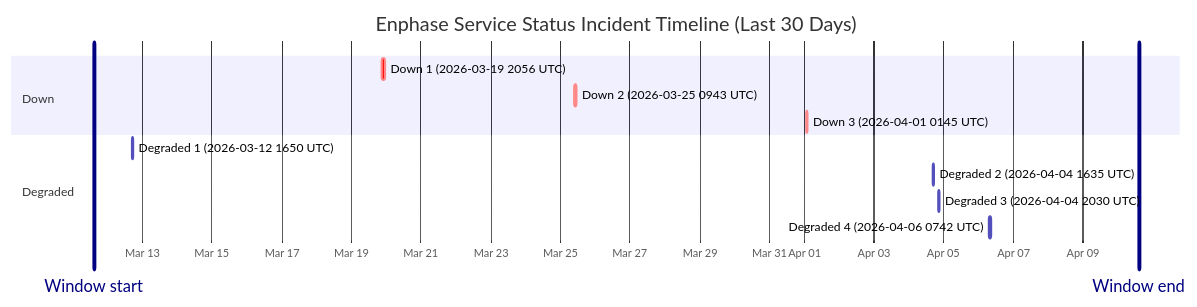
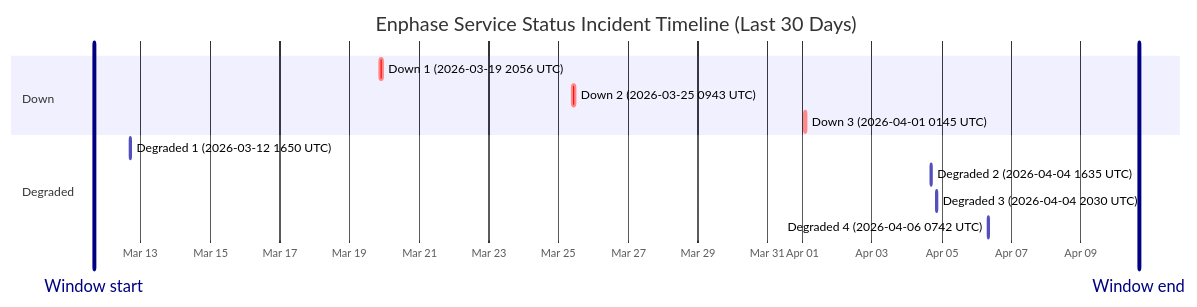
Before and after one commit to barneyonline/ha-enphase-ev-charger: the diagram in wiki/Service-Status-History.md, drawn with Mermaid. The commit also changed other lines of this file and 3 other files, not shown here.

````diff
--- a/wiki/Service-Status-History.md
+++ b/wiki/Service-Status-History.md
@@ -14,17 +14,17 @@
 ```mermaid
 gantt
     title Enphase Service Status Incident Timeline (Last 30 Days)
     dateFormat  YYYY-MM-DDTHH:mm:ss
     axisFormat  %b %d
-    Window start :vert, window-start, 2026-03-11T14:34:07, 0ms
-    Window end :vert, window-end, 2026-04-10T14:34:07, 0ms
+    Window start :vert, window-start, 2026-03-11T15:52:40, 0ms
+    Window end :vert, window-end, 2026-04-10T15:52:40, 0ms
     section Down
     Down 1 (2026-03-19 2056 UTC) :crit, down-1, 2026-03-19T20:56:20, 145m
     Down 2 (2026-03-25 0943 UTC) :crit, down-2, 2026-03-25T09:43:28, 111m
     Down 3 (2026-04-01 0145 UTC) :crit, down-3, 2026-04-01T01:45:09, 60m
     section Degraded
     Degraded 1 (2026-03-12 1650 UTC) :active, degraded-1, 2026-03-12T16:50:43, 60m
     Degraded 2 (2026-04-04 1635 UTC) :active, degraded-2, 2026-04-04T16:35:17, 60m
     Degraded 3 (2026-04-04 2030 UTC) :active, degraded-3, 2026-04-04T20:30:40, 60m
     Degraded 4 (2026-04-06 0742 UTC) :active, degraded-4, 2026-04-06T07:42:09, 85m
 ```
````
